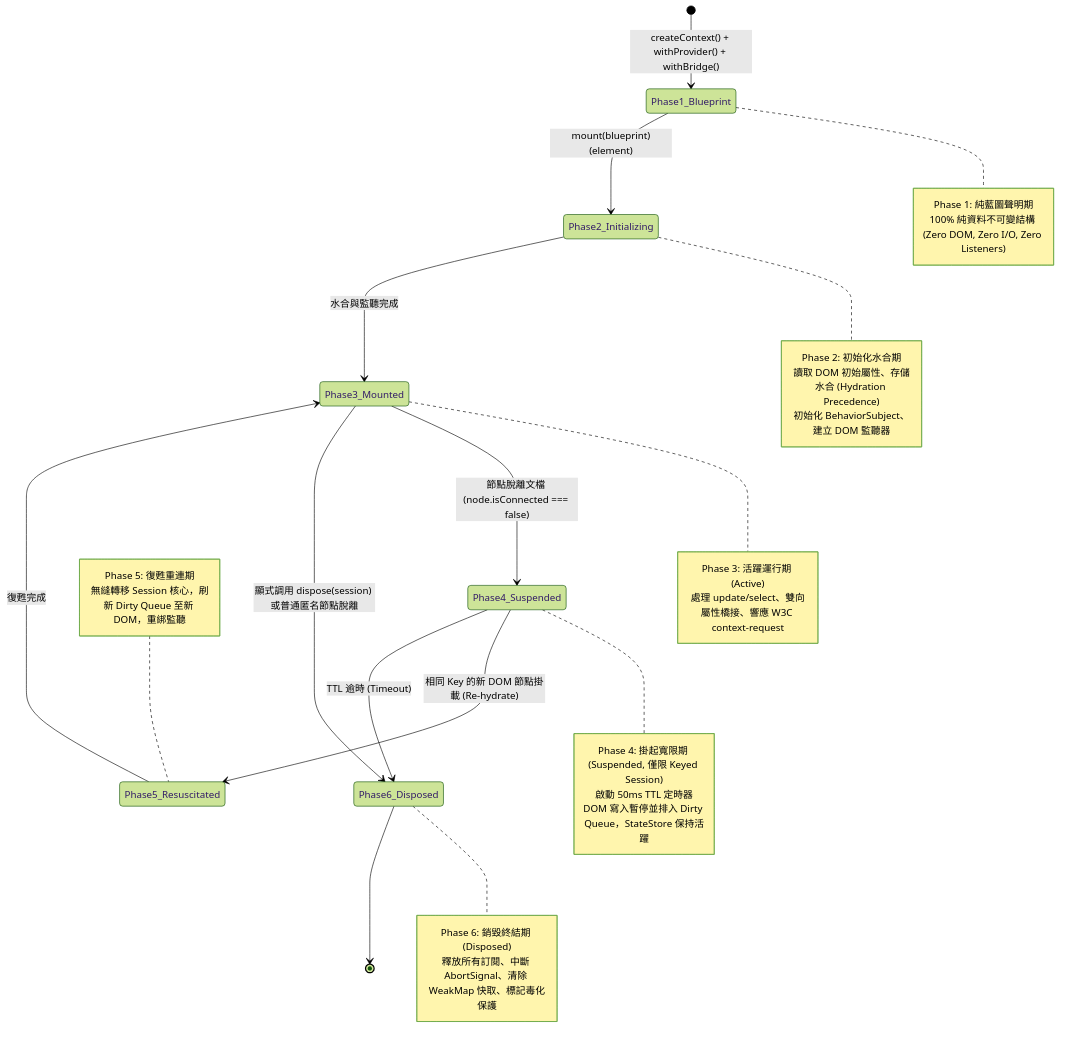
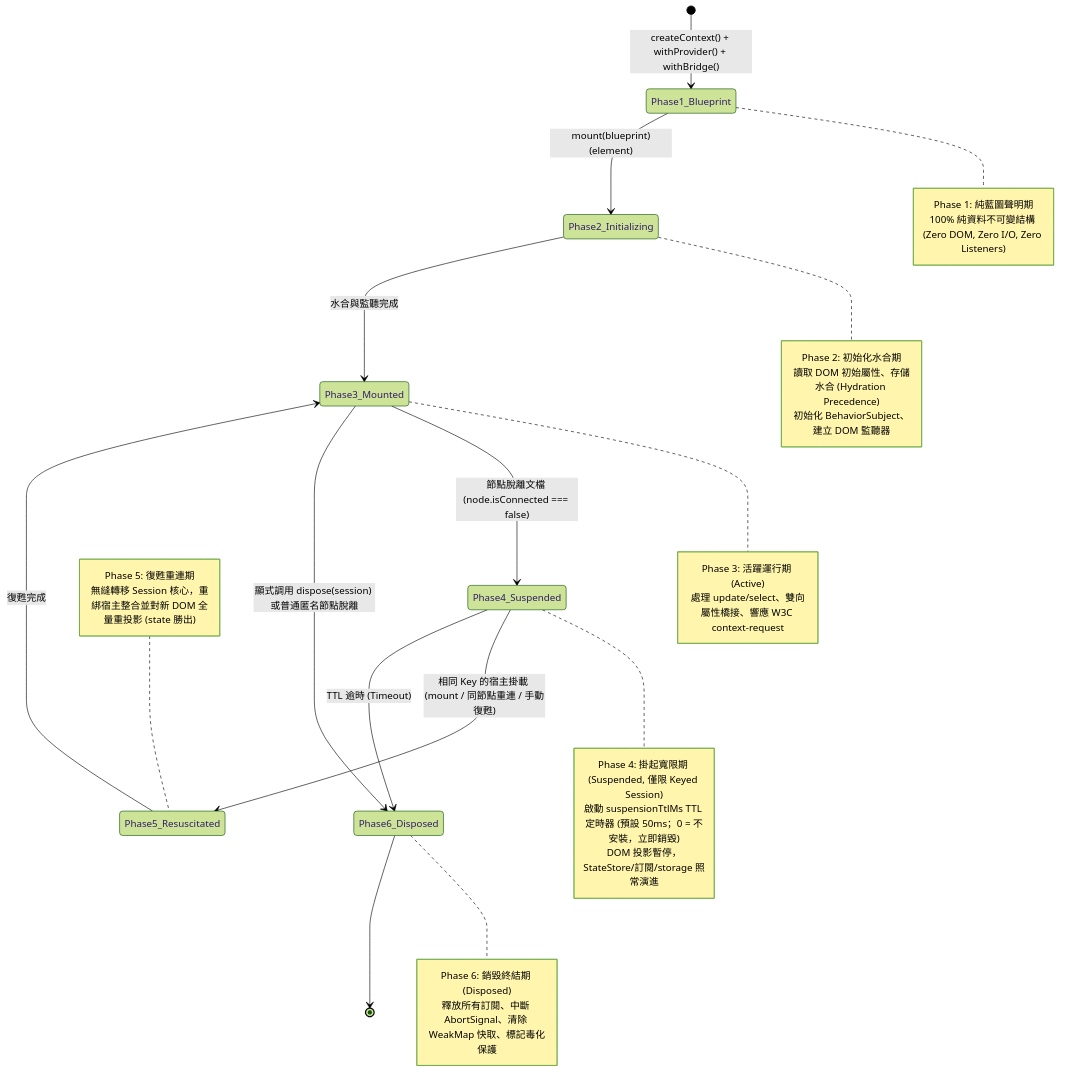
The third of 6 diagrams in DESIGN.md (sandlada/document-context), drawn with Mermaid (forest theme) before and after one commit. The commit also changed other lines of this file and 38 other files, not shown here.

````diff
--- a/DESIGN.md
+++ b/DESIGN.md
@@ -615,46 +623,46 @@
 ```mermaid
 stateDiagram-v2
     [*] --> Phase1_Blueprint: createContext() + withProvider() + withBridge()
     note right of Phase1_Blueprint
         Phase 1: 純藍圖聲明期
         100% 純資料不可變結構 (Zero DOM, Zero I/O, Zero Listeners)
     end note
 
     Phase1_Blueprint --> Phase2_Initializing: mount(blueprint)(element)
     note right of Phase2_Initializing
         Phase 2: 初始化水合期
         讀取 DOM 初始屬性、存儲水合 (Hydration Precedence)
         初始化 BehaviorSubject、建立 DOM 監聽器
     end note
 
     Phase2_Initializing --> Phase3_Mounted: 水合與監聽完成
     note right of Phase3_Mounted
         Phase 3: 活躍運行期 (Active)
         處理 update/select、雙向屬性橋接、響應 W3C context-request
     end note
 
     Phase3_Mounted --> Phase4_Suspended: 節點脫離文檔 (node.isConnected === false)
     note right of Phase4_Suspended
         Phase 4: 掛起寬限期 (Suspended, 僅限 Keyed Session)
-        啟動 50ms TTL 定時器
-        DOM 寫入暫停並排入 Dirty Queue，StateStore 保持活躍
+        啟動 suspensionTtlMs TTL 定時器 (預設 50ms；0 = 不安裝，立即銷毀)
+        DOM 投影暫停，StateStore/訂閱/storage 照常演進
     end note
 
-    Phase4_Suspended --> Phase5_Resuscitated: 相同 Key 的新 DOM 節點掛載 (Re-hydrate)
+    Phase4_Suspended --> Phase5_Resuscitated: 相同 Key 的宿主掛載 (mount / 同節點重連 / 手動復甦)
     note left of Phase5_Resuscitated
         Phase 5: 復甦重連期
-        無縫轉移 Session 核心，刷新 Dirty Queue 至新 DOM，重綁監聽
+        無縫轉移 Session 核心，重綁宿主整合並對新 DOM 全量重投影 (state 勝出)
     end note
 
     Phase5_Resuscitated --> Phase3_Mounted: 復甦完成
 
     Phase4_Suspended --> Phase6_Disposed: TTL 逾時 (Timeout)
     Phase3_Mounted --> Phase6_Disposed: 顯式調用 dispose(session) 或普通匿名節點脫離
 
     note right of Phase6_Disposed
         Phase 6: 銷毀終結期 (Disposed)
         釋放所有訂閱、中斷 AbortSignal、清除 WeakMap 快取、標記毒化保護
     end note
 
     Phase6_Disposed --> [*]
 ```
````
